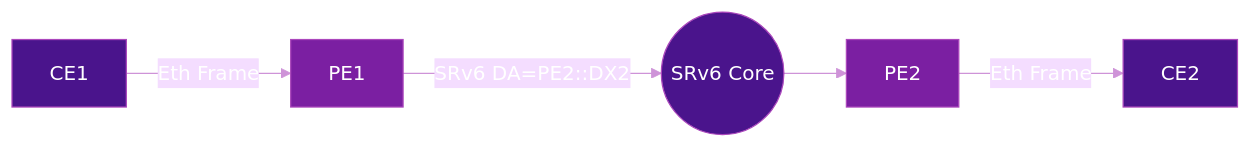
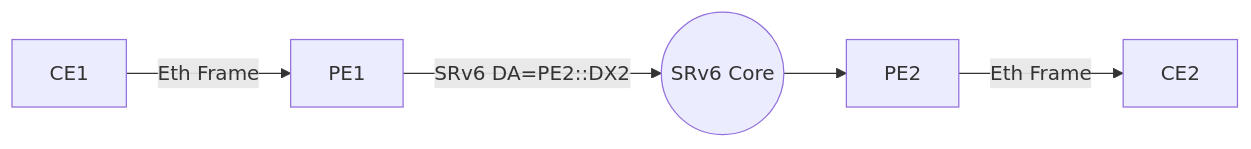
Before and after one commit to eldaninavas/srv6.md: the first of 2 diagrams in docs/use-cases/vpn-services.md, drawn with Mermaid. The commit also changed other lines of this file and 29 other files, not shown here.

First line of the commit message:
fix(mermaid): apply theme-aware colors site-wide

````diff
--- a/docs/use-cases/vpn-services.md
+++ b/docs/use-cases/vpn-services.md
@@ -127,14 +127,7 @@
 ```mermaid
-%%{init: {"theme": "base", "themeVariables": {"primaryTextColor": "#fff", "lineColor": "#ce93d8", "textColor": "#fff"}}}%%
 graph LR
     CE1[CE1] -->|Eth Frame| PE1[PE1]
     PE1 -->|SRv6 DA=PE2::DX2| CORE((SRv6 Core))
     CORE --> PE2[PE2]
     PE2 -->|Eth Frame| CE2[CE2]
-
-    style CE1 fill:#4a148c,color:#fff,stroke:#ab47bc
-    style PE1 fill:#7b1fa2,color:#fff,stroke:#ab47bc
-    style CORE fill:#4a148c,color:#fff,stroke:#ab47bc
-    style PE2 fill:#7b1fa2,color:#fff,stroke:#ab47bc
-    style CE2 fill:#4a148c,color:#fff,stroke:#ab47bc
 ```
````
